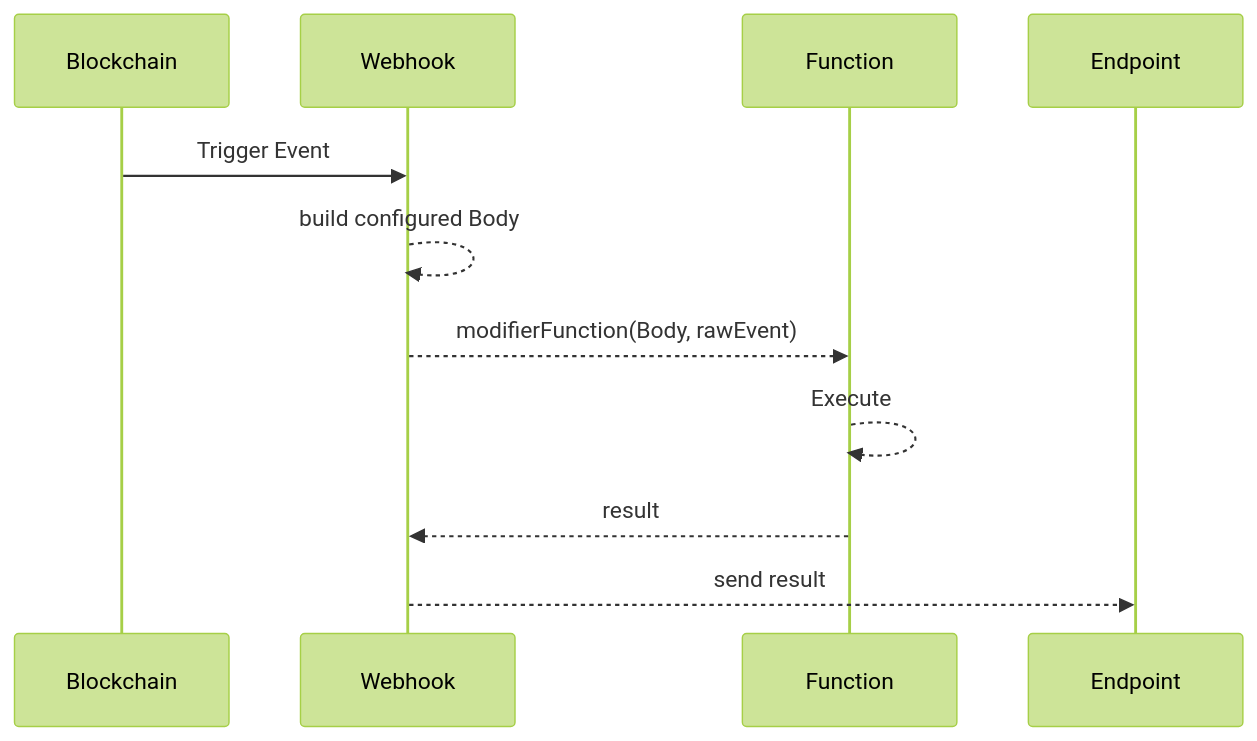
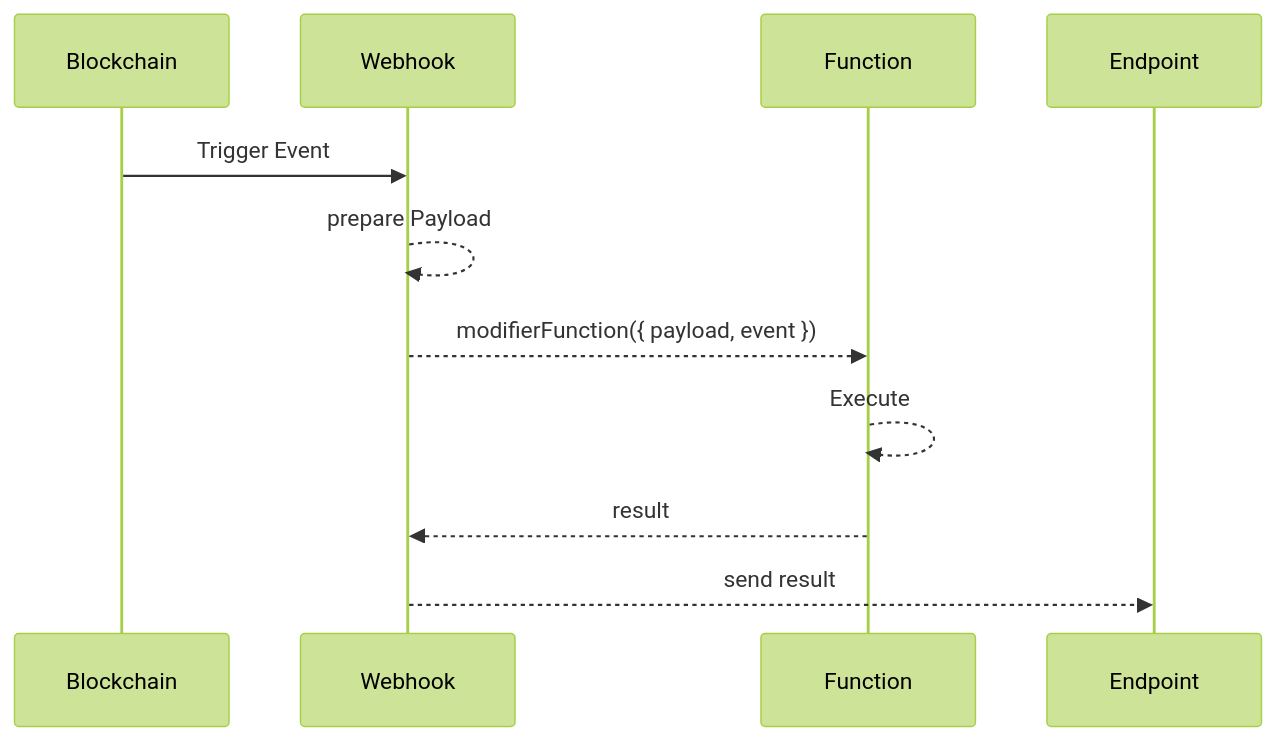
One commit to vechain-energy/learn.vechain.energy changed the diagram in vechain.energy/receive-push-on-smart-contract-changes/webhooks/scripts/README.md. Above: the diagram before and after it, drawn with Mermaid (forest theme). The commit also changed other lines of this file, not shown here.

````diff
--- a/vechain.energy/receive-push-on-smart-contract-changes/webhooks/scripts/README.md
+++ b/vechain.energy/receive-push-on-smart-contract-changes/webhooks/scripts/README.md
@@ -13,10 +13,10 @@
 ```mermaid
 sequenceDiagram
     Blockchain->>Webhook: Trigger Event
-    Webhook-->>Webhook: build configured Body
-    Webhook-->>Function: modifierFunction(Body, rawEvent)
+    Webhook-->>Webhook: prepare Payload
+    Webhook-->>Function: modifierFunction({ payload, event })
     Function-->>Function: Execute
     Function-->>Webhook: result
     Webhook-->>Endpoint: send result
 
 ```
````
